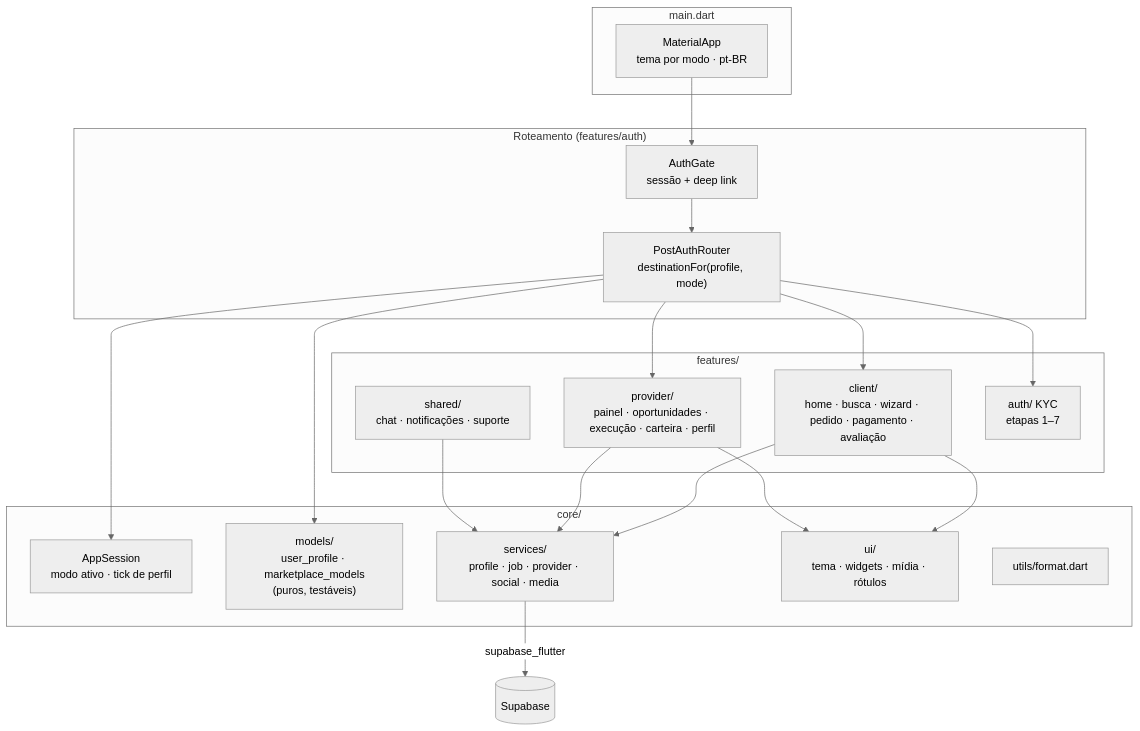
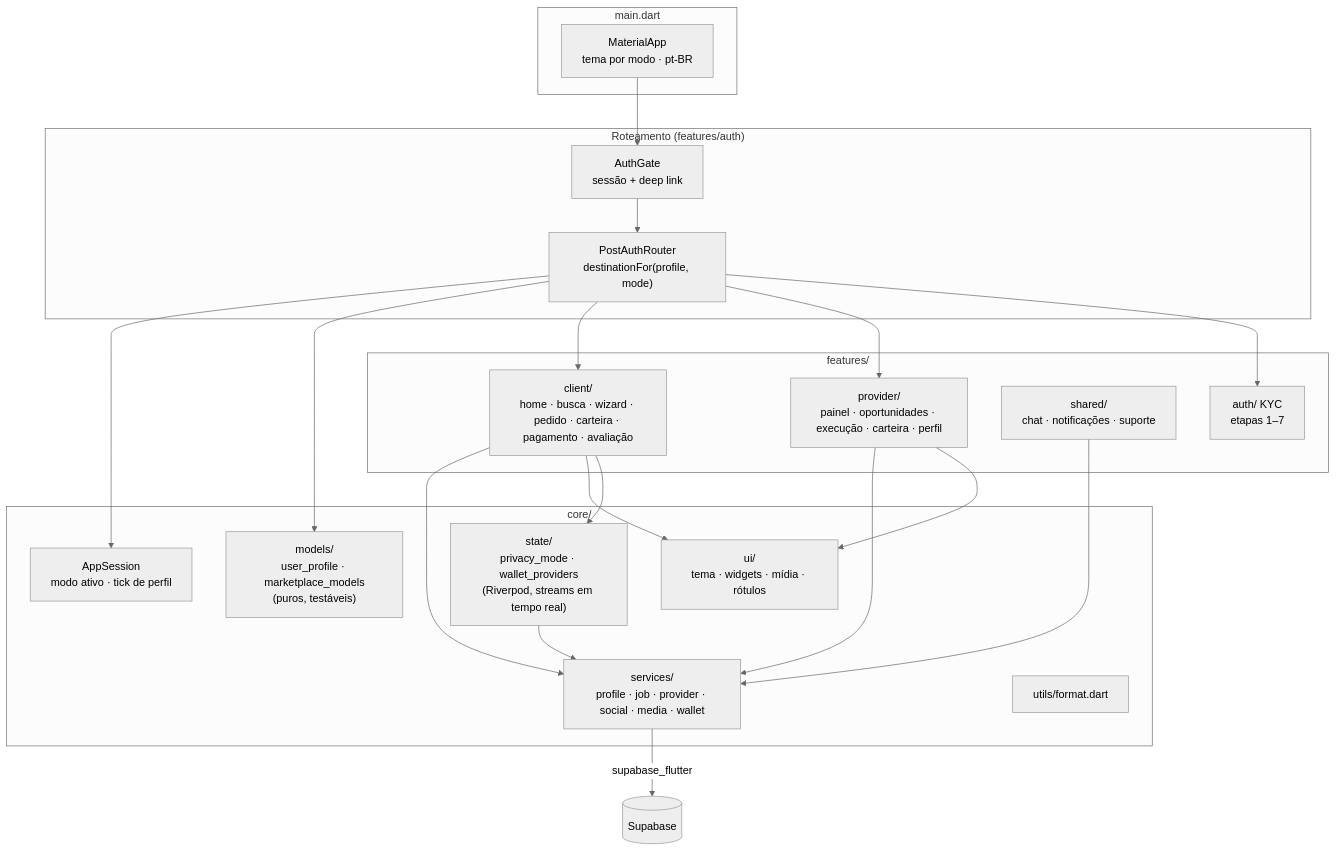
Before and after one commit to Washington-Freitas/DesperrengueApp_TAI3: the third of 10 diagrams in docs/ARCHITECTURE.md, drawn with Mermaid (neutral theme). The commit also changed other lines of this file and 17 other files, not shown here.

First line of the commit message:
docs: documentacao profissional da carteira (ARCHITECTURE, SECURITY, ADRs, specs, guias) + refactor(wallet): modelos em Dart puro

````diff
--- a/docs/ARCHITECTURE.md
+++ b/docs/ARCHITECTURE.md
@@ -134,36 +134,39 @@
 ```mermaid
 flowchart TB
     subgraph main["main.dart"]
         MA["MaterialApp<br/>tema por modo · pt-BR"]
     end
     subgraph routing["Roteamento (features/auth)"]
         AG["AuthGate<br/>sessão + deep link"]
         PR["PostAuthRouter<br/>destinationFor(profile, mode)"]
     end
     subgraph core["core/"]
         SES["AppSession<br/>modo ativo · tick de perfil"]
         MOD["models/<br/>user_profile · marketplace_models<br/>(puros, testáveis)"]
-        SVC["services/<br/>profile · job · provider · social · media"]
+        SVC["services/<br/>profile · job · provider · social · media · wallet"]
         UI["ui/<br/>tema · widgets · mídia · rótulos"]
         FMT["utils/format.dart"]
+        ST["state/<br/>privacy_mode · wallet_providers<br/>(Riverpod, streams em tempo real)"]
     end
     subgraph features["features/"]
-        CL["client/<br/>home · busca · wizard · pedido · pagamento · avaliação"]
+        CL["client/<br/>home · busca · wizard · pedido · carteira · pagamento · avaliação"]
         PV["provider/<br/>painel · oportunidades · execução · carteira · perfil"]
         SH["shared/<br/>chat · notificações · suporte"]
         KYC["auth/ KYC<br/>etapas 1–7"]
     end
 
     MA --> AG --> PR
     PR --> SES
     PR --> MOD
     PR --> CL
     PR --> PV
     PR --> KYC
     CL --> SVC
     PV --> SVC
     SH --> SVC
     CL --> UI
+    CL --> ST
+    ST --> SVC
     PV --> UI
     SVC -->|"supabase_flutter"| SB[("Supabase")]
 ```
````
